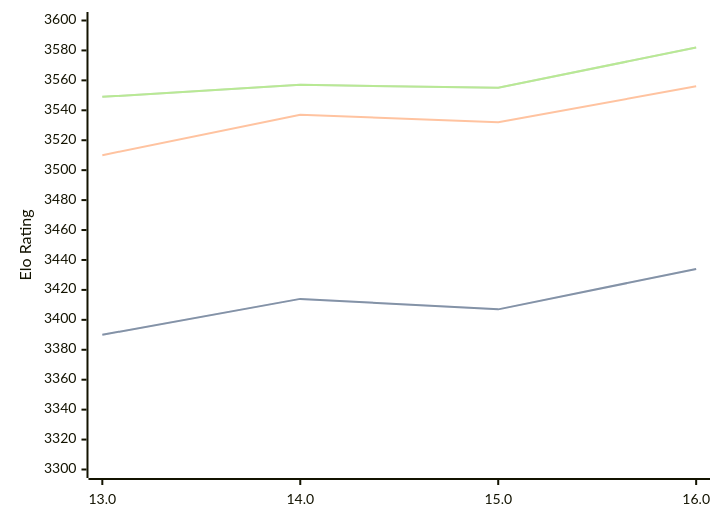
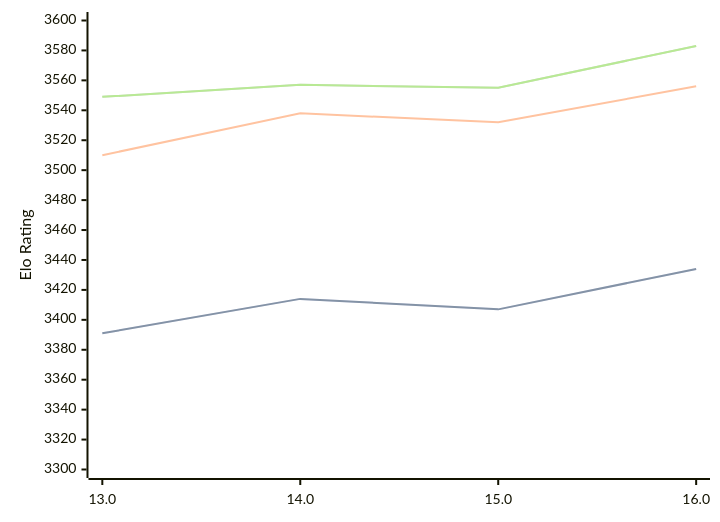
The diagram in engines/Obsidian.md (computer-chess-index/cci), drawn with Mermaid before and after one commit. The commit also changed other lines of this file, not shown here.

Commit message:
Update CCI Ratings (ELO VLTC) - 2026-08-24

````diff
--- a/engines/Obsidian.md
+++ b/engines/Obsidian.md
@@ -34,11 +34,11 @@
 ```mermaid
 %%{init: {"theme":"base","themeVariables":{"seriesColors:['#a3a3a3','#222221','#faa371']}}}%%
 xychart-beta
   x-axis ["13.0", "14.0", "15.0", "16.0"]
   y-axis "Elo Rating" 3300 --> 3600
-  line "STC (8.0+0.08s)" [3390, 3414, 3407, 3434]
-  line "STC (8.0+0.08s)" [3390, 3414, 3407, 3434]
-  line "LTC (60.0+0.60s)" [3510, 3537, 3532, 3556]
-  line "VLTC (2m24s+1.12s)" [3549, 3557, 3555, 3582]
-  line "VLTC (2m24s+1.12s)" [3549, 3557, 3555, 3582]
+  line "STC (8.0+0.08s)" [3391, 3414, 3407, 3434]
+  line "STC (8.0+0.08s)" [3391, 3414, 3407, 3434]
+  line "LTC (60.0+0.60s)" [3510, 3538, 3532, 3556]
+  line "VLTC (2m24s+1.12s)" [3549, 3557, 3555, 3583]
+  line "VLTC (2m24s+1.12s)" [3549, 3557, 3555, 3583]
 ```
````
